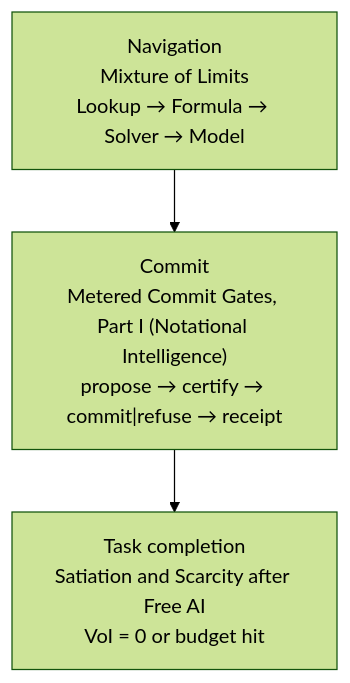
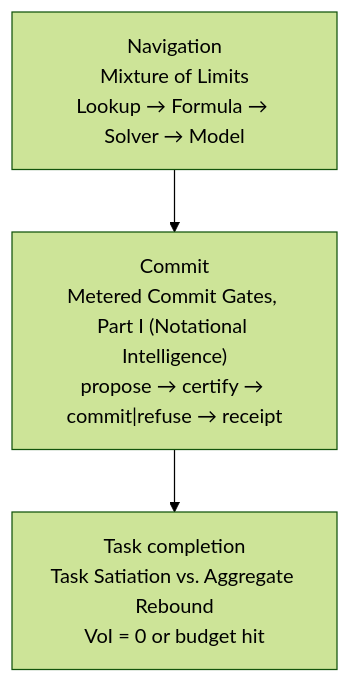
The diagram in src/content/papers/gates.md (openIE-dev/research-openie-web), drawn with Mermaid (forest theme) before and after one commit. The commit also changed other lines of this file and 7 other files, not shown here.

Commit message:
Gates Part II: Mixture of Limits as the plateau philosophy, restore plateau floors, fix stale satiation titles and diagram

````diff
--- a/src/content/papers/gates.md
+++ b/src/content/papers/gates.md
@@ -805,7 +807,7 @@
 ```mermaid
 flowchart TB
   NAV["Navigation<br/>Mixture of Limits<br/>Lookup → Formula → Solver → Model"]
   COM["Commit<br/>Metered Commit Gates, Part I (Notational Intelligence)<br/>propose → certify → commit|refuse → receipt"]
-  ECO["Task completion<br/>Satiation and Scarcity after Free AI<br/>VoI = 0 or budget hit"]
+  ECO["Task completion<br/>Task Satiation vs. Aggregate Rebound<br/>VoI = 0 or budget hit"]
   NAV --> COM --> ECO
 ```
````
